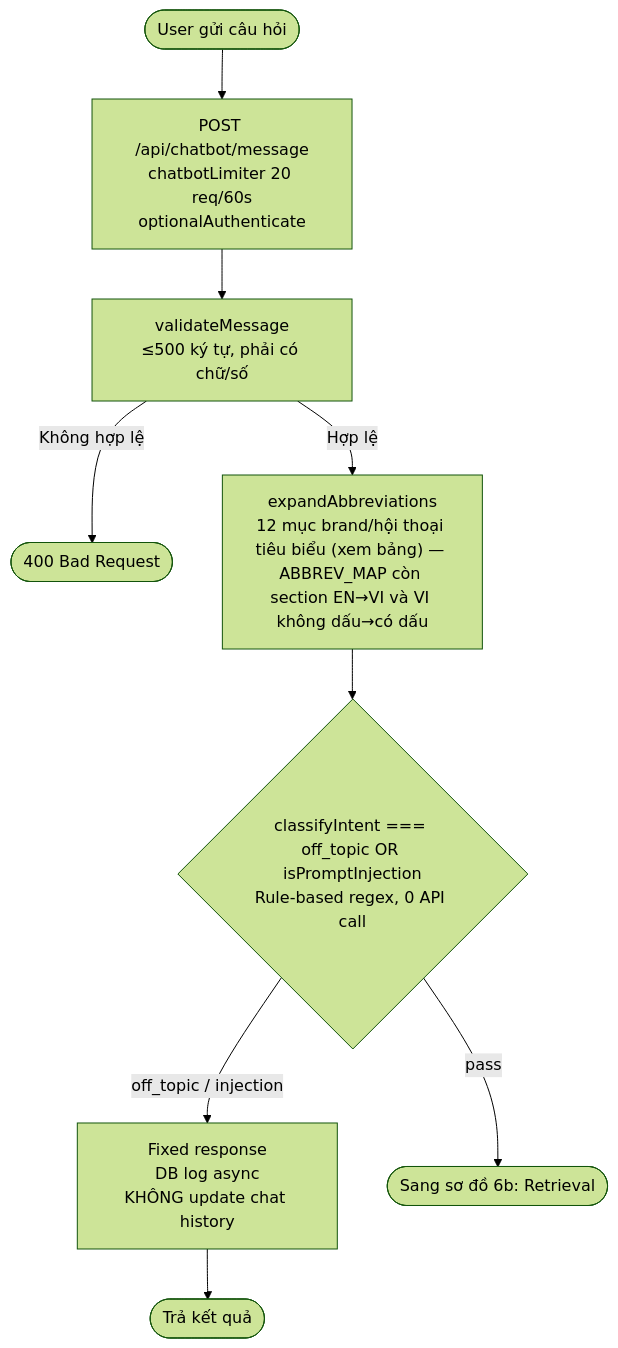
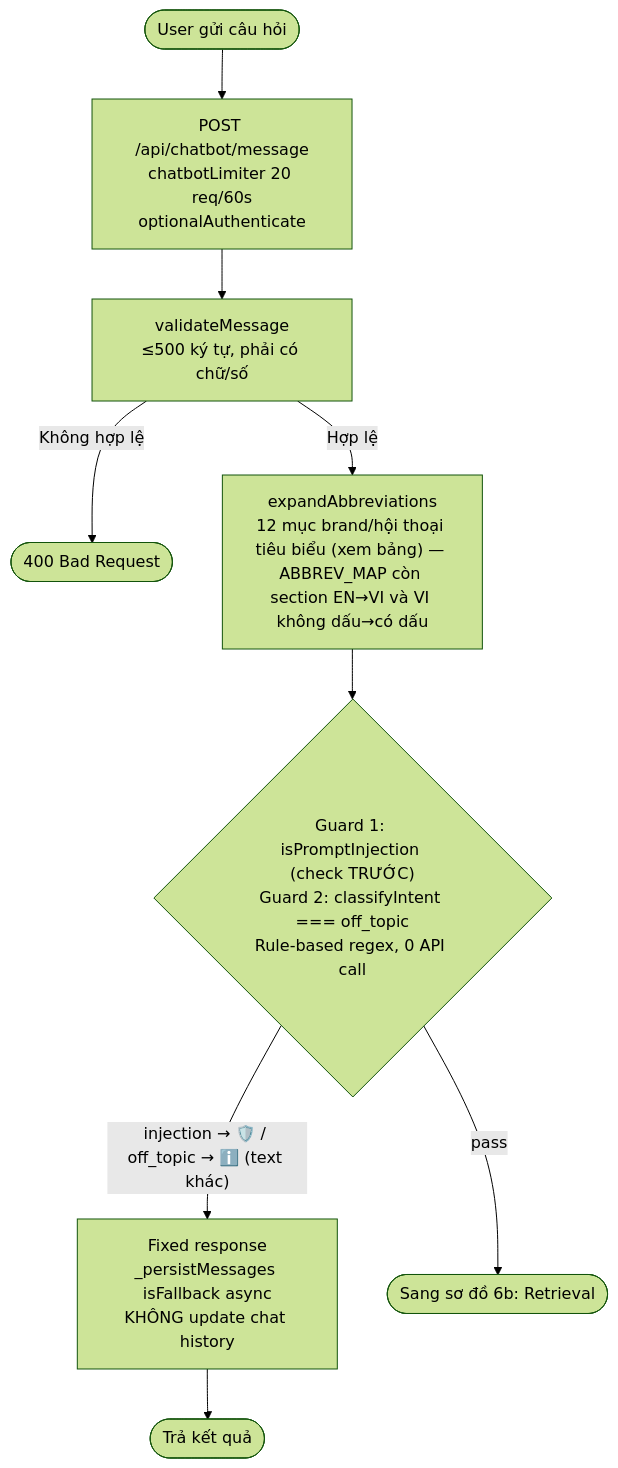
Diagram 38 of 47 in DIAGRAMS.md (MinhThang1009/E-commerce-website), drawn with Mermaid (forest theme) before and after one commit. The commit also changed other lines of this file, not shown here.

First line of the commit message:
docs(diagrams): sửa flow RAG + 7 lỗi nhỏ §1/§3 sau verify per-element

````diff
--- a/DIAGRAMS.md
+++ b/DIAGRAMS.md
@@ -1630,11 +1636,11 @@
 ```mermaid
 flowchart TD
     A([User gửi câu hỏi]) --> B["POST /api/chatbot/message<br/>chatbotLimiter 20 req/60s<br/>optionalAuthenticate"]
     B --> C["validateMessage<br/>≤500 ký tự, phải có chữ/số"]
     C -->|Không hợp lệ| D([400 Bad Request])
     C -->|Hợp lệ| E["expandAbbreviations<br/>12 mục brand/hội thoại tiêu biểu (xem bảng) — ABBREV_MAP còn section EN→VI và VI không dấu→có dấu"]
-    E --> F{"classifyIntent === off_topic OR isPromptInjection<br/>Rule-based regex, 0 API call"}
-    F -->|off_topic / injection| G["Fixed response<br/>DB log async<br/>KHÔNG update chat history"]
+    E --> F{"Guard 1: isPromptInjection (check TRƯỚC)<br/>Guard 2: classifyIntent === off_topic<br/>Rule-based regex, 0 API call"}
+    F -->|"injection → 🛡️ / off_topic → ℹ️ (text khác)"| G["Fixed response<br/>_persistMessages isFallback async<br/>KHÔNG update chat history"]
     G --> H([Trả kết quả])
     F -->|pass| I([Sang sơ đồ 6b: Retrieval])
 ```
````
